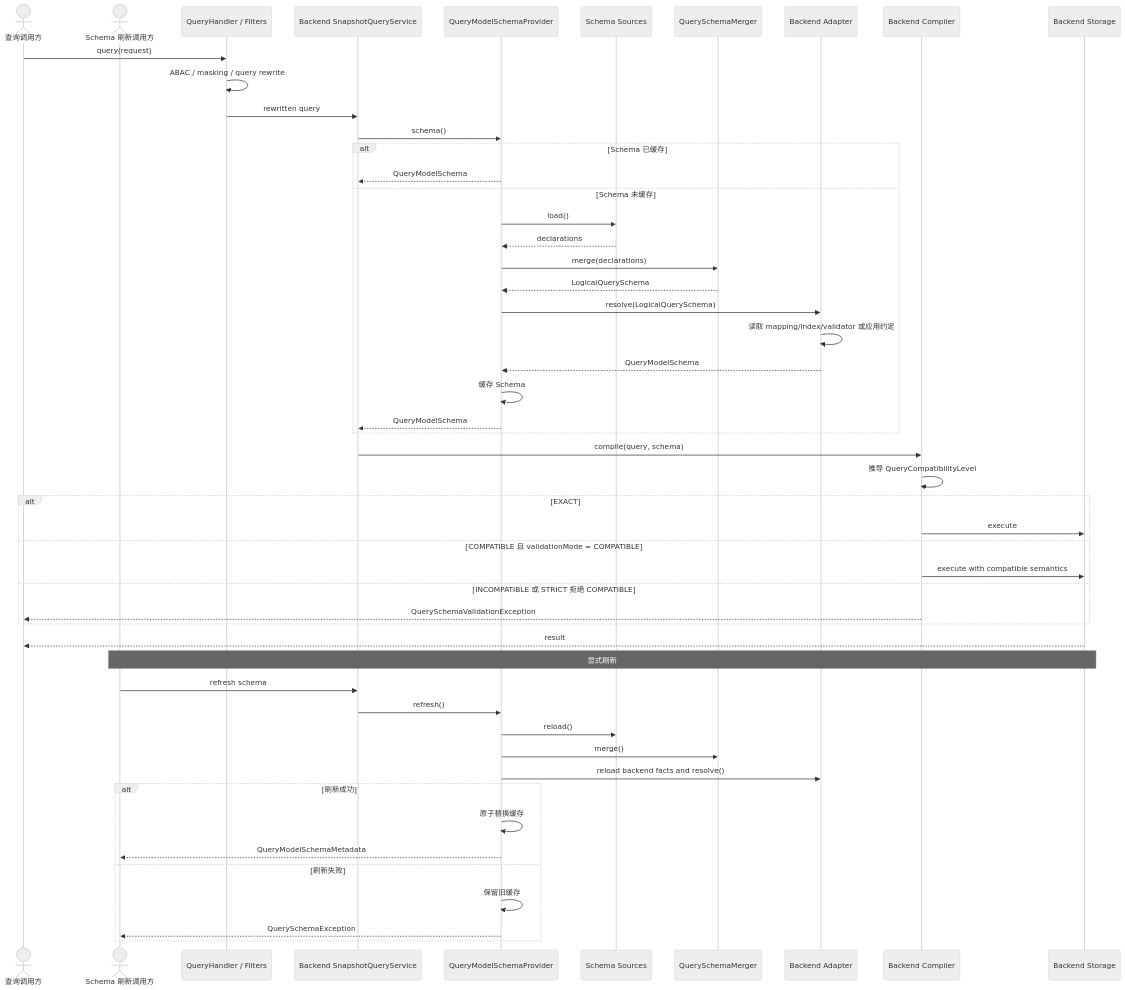
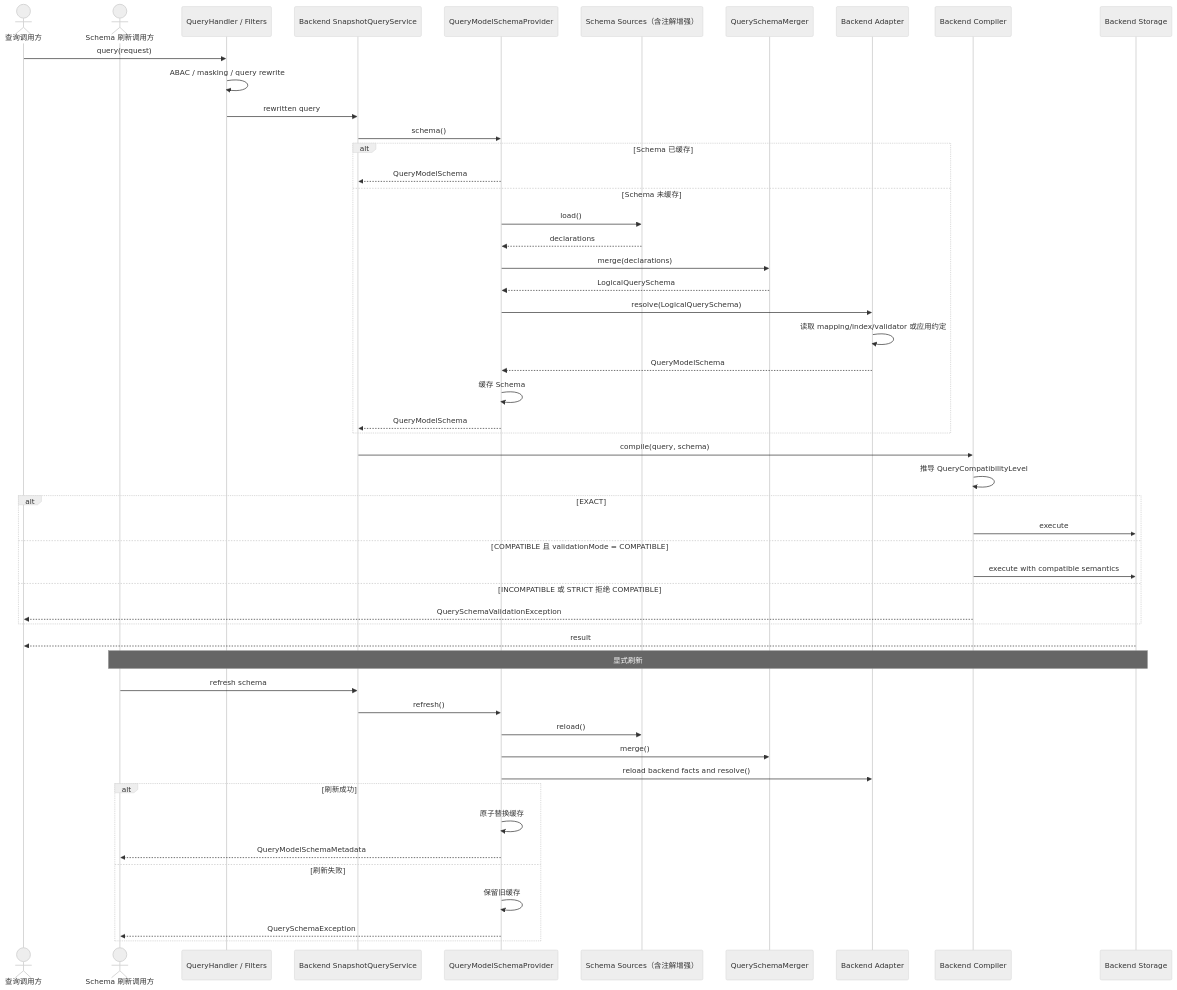
Before and after one commit to Ahoo-Wang/Wow: the third of 4 diagrams in docs/superpowers/specs/2026-08-26-query-model-schema-design.md, drawn with Mermaid (neutral theme). The commit also changed other lines of this file, not shown here.

Commit message:
docs(query): add temporal schema annotation

````diff
--- a/docs/superpowers/specs/2026-08-26-query-model-schema-design.md
+++ b/docs/superpowers/specs/2026-08-26-query-model-schema-design.md
@@ -870,61 +911,61 @@
 ```mermaid
 sequenceDiagram
     actor Caller as 查询调用方
     actor Operator as Schema 刷新调用方
     participant Handler as QueryHandler / Filters
     participant Service as Backend SnapshotQueryService
     participant Provider as QueryModelSchemaProvider
-    participant Sources as Schema Sources
+    participant Sources as Schema Sources（含注解增强）
     participant Merger as QuerySchemaMerger
     participant Adapter as Backend Adapter
     participant Compiler as Backend Compiler
     participant Storage as Backend Storage
 
     Caller->>Handler: query(request)
     Handler->>Handler: ABAC / masking / query rewrite
     Handler->>Service: rewritten query
     Service->>Provider: schema()
 
     alt Schema 已缓存
         Provider-->>Service: QueryModelSchema
     else Schema 未缓存
         Provider->>Sources: load()
         Sources-->>Provider: declarations
         Provider->>Merger: merge(declarations)
         Merger-->>Provider: LogicalQuerySchema
         Provider->>Adapter: resolve(LogicalQuerySchema)
         Adapter->>Adapter: 读取 mapping/index/validator 或应用约定
         Adapter-->>Provider: QueryModelSchema
         Provider->>Provider: 缓存 Schema
         Provider-->>Service: QueryModelSchema
     end
 
     Service->>Compiler: compile(query, schema)
     Compiler->>Compiler: 推导 QueryCompatibilityLevel
 
     alt EXACT
         Compiler->>Storage: execute
     else COMPATIBLE 且 validationMode = COMPATIBLE
         Compiler->>Storage: execute with compatible semantics
     else INCOMPATIBLE 或 STRICT 拒绝 COMPATIBLE
         Compiler-->>Caller: QuerySchemaValidationException
     end
 
     Storage-->>Caller: result
 
     Note over Operator,Storage: 显式刷新
 
     Operator->>Service: refresh schema
     Service->>Provider: refresh()
     Provider->>Sources: reload()
     Provider->>Merger: merge()
     Provider->>Adapter: reload backend facts and resolve()
 
     alt 刷新成功
         Provider->>Provider: 原子替换缓存
         Provider-->>Operator: QueryModelSchemaMetadata
     else 刷新失败
         Provider->>Provider: 保留旧缓存
         Provider-->>Operator: QuerySchemaException
     end
 ```
````
